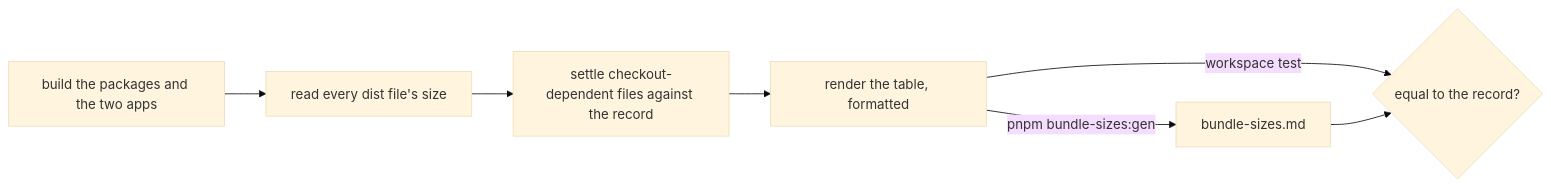
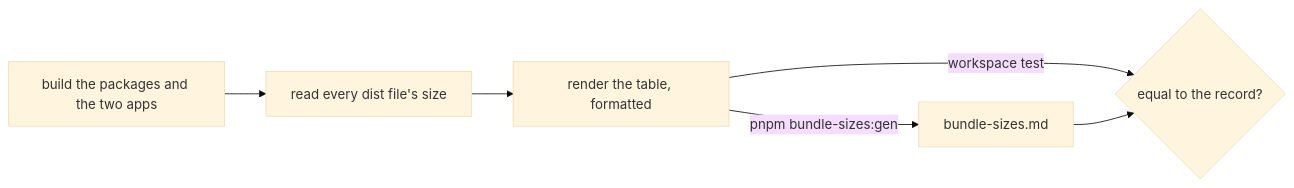
One commit to Esposter/Esposter changed the diagram in openspec/specs/architecture/bundle-sizes/design.md. Above: the diagram before and after it, drawn with Mermaid (base theme). The commit also changed other lines of this file and 11 other files, not shown here.

First line of the commit message:
refactor(scripts): the bundle-size record is exact in every checkout folder

````diff
--- a/openspec/specs/architecture/bundle-sizes/design.md
+++ b/openspec/specs/architecture/bundle-sizes/design.md
@@ -5,9 +5,8 @@
 ```mermaid
 flowchart LR
   BUILD["build the packages and the two apps"] --> READ["read every dist file's size"]
-  READ --> SETTLE["settle checkout-dependent files against the record"]
-  SETTLE --> RENDER["render the table, formatted"]
+  READ --> RENDER["render the table, formatted"]
   RENDER -->|"pnpm bundle-sizes:gen"| RECORD["bundle-sizes.md"]
   RENDER -->|"workspace test"| GATE{"equal to the record?"}
   RECORD --> GATE
 ```
````
